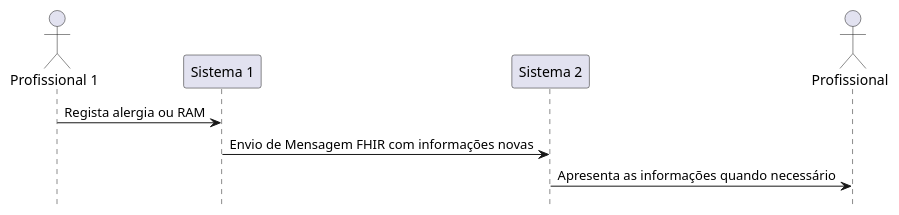
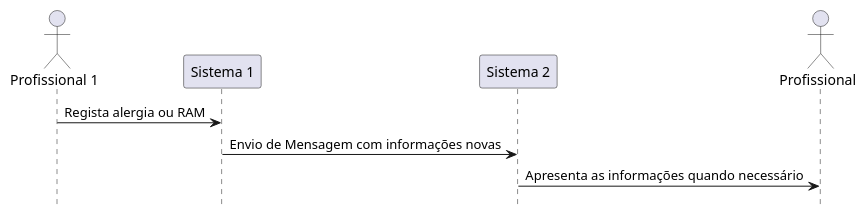
Before and after one commit to hl7-pt/adr-ig: the diagram in input/images-source/wf2.plantuml, drawn with PlantUML. The commit also changed 2 other files, not shown here.

Commit message:
mensagem e exemplo

```diff
--- a/input/images-source/wf2.plantuml
+++ b/input/images-source/wf2.plantuml
@@ -1,24 +1,24 @@
 @startuml
 hide footbox
 skinparam DefaultTextAlignment left
 skinparam PackageTitleAlignment center
 
 
 'title Use Case: Order straight to dispense
 
 
 
 actor "Profissional 1" as REC 
 participant "Sistema 1" as Server
 
 participant "Sistema 2" as CON
 actor "Profissional" as HCP
 
 REC -> Server: Regista alergia ou RAM
 
-Server->CON: Envio de Mensagem FHIR com informações novas
+Server->CON: Envio de Mensagem com informações novas
 CON->HCP: Apresenta as informações quando necessário 
 
 
 
 @endumlƒ
```
